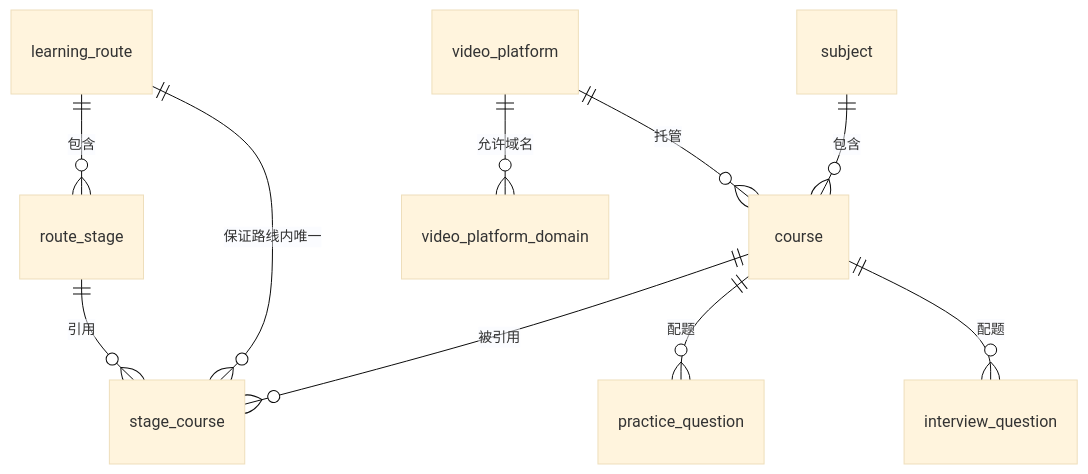
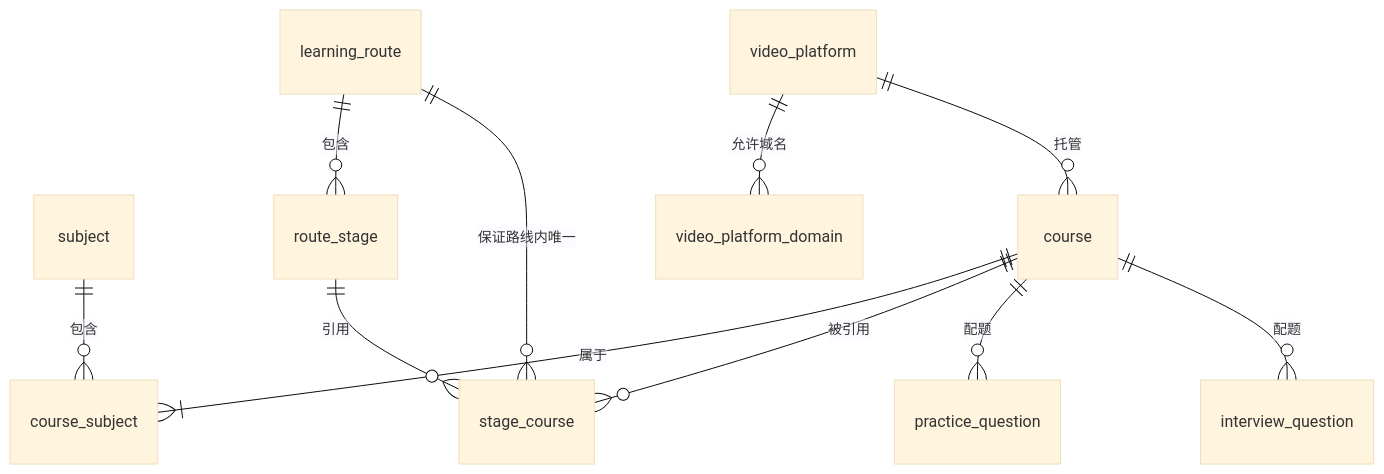
The first of 3 diagrams in docs/design/03.数据库设计.md (liluo000/yszx), drawn with Mermaid (base theme) before and after one commit. The commit also changed other lines of this file and 99 other files, not shown here.

````diff
--- a/docs/design/03.数据库设计.md
+++ b/docs/design/03.数据库设计.md
@@ -42,12 +42,13 @@
 ```mermaid
 erDiagram
-  subject ||--o{ course : "包含"
+  subject ||--o{ course_subject : "包含"
+  course ||--|{ course_subject : "属于"
   video_platform ||--o{ video_platform_domain : "允许域名"
   video_platform ||--o{ course : "托管"
   learning_route ||--o{ route_stage : "包含"
   route_stage ||--o{ stage_course : "引用"
   learning_route ||--o{ stage_course : "保证路线内唯一"
   course ||--o{ stage_course : "被引用"
   course ||--o{ practice_question : "配题"
   course ||--o{ interview_question : "配题"
 ```
````
